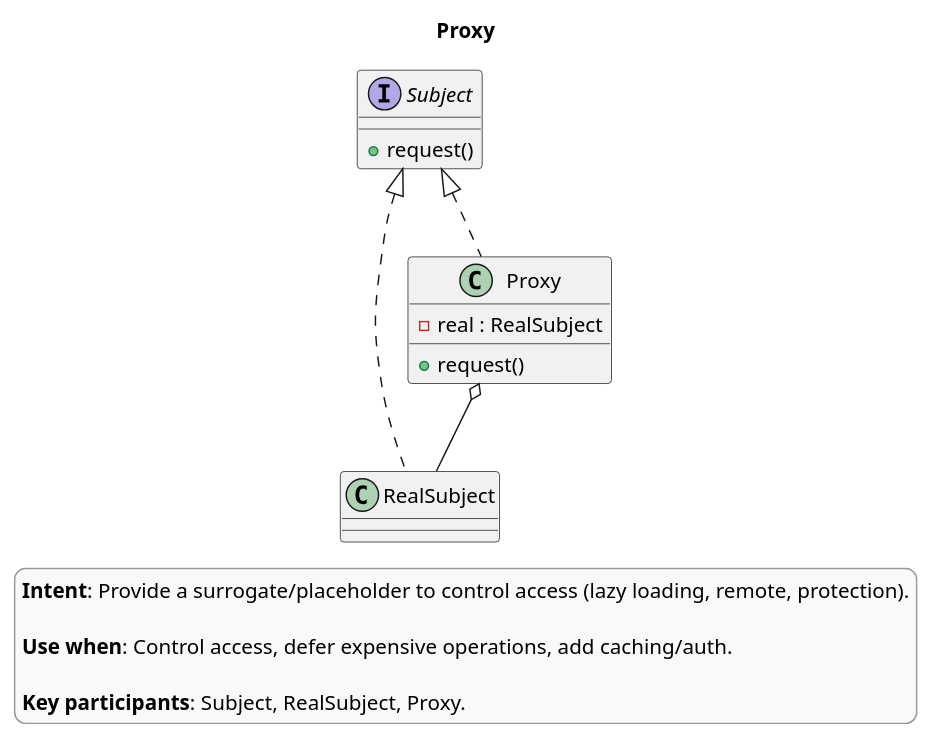
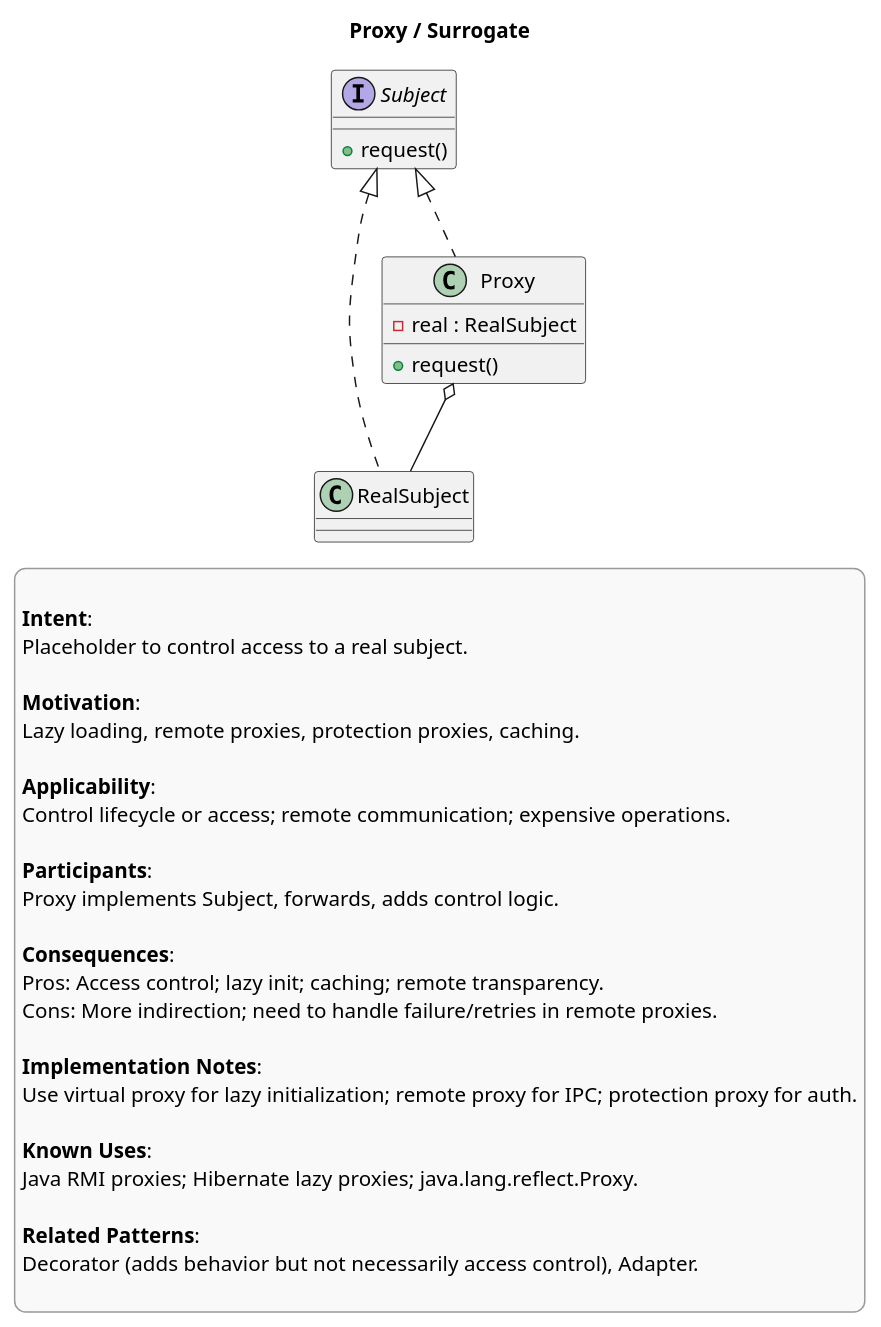
The diagram in theory/structural/proxy.puml (AkselErenberk/design-patterns), drawn with PlantUML before and after one commit. The commit also changed 26 other files, not shown here.

Commit message:
design pattern class diagrams

```diff
--- a/theory/structural/proxy.puml
+++ b/theory/structural/proxy.puml
@@ -1,28 +1,49 @@
 @startuml
-title Proxy
+title Proxy / Surrogate
 
 skinparam legendBackgroundColor #f9f9f9
 skinparam legendBorderColor #999999
 
 legend right
-**Intent**: Provide a surrogate/placeholder to control access (lazy loading, remote, protection).
 
-**Use when**: Control access, defer expensive operations, add caching/auth.
+**Intent**:
+Placeholder to control access to a real subject.
 
-**Key participants**: Subject, RealSubject, Proxy.
+**Motivation**:
+Lazy loading, remote proxies, protection proxies, caching.
+
+**Applicability**:
+Control lifecycle or access; remote communication; expensive operations.
+
+**Participants**:
+Proxy implements Subject, forwards, adds control logic.
+
+**Consequences**:
+Pros: Access control; lazy init; caching; remote transparency.
+Cons: More indirection; need to handle failure/retries in remote proxies.
+
+**Implementation Notes**:
+Use virtual proxy for lazy initialization; remote proxy for IPC; protection proxy for auth.
+
+**Known Uses**:
+Java RMI proxies; Hibernate lazy proxies; java.lang.reflect.Proxy.
+
+**Related Patterns**:
+Decorator (adds behavior but not necessarily access control), Adapter.
+
 endlegend
 
 interface Subject {
   +request()
 }
 
 class RealSubject
 class Proxy {
   -real : RealSubject
   +request()
 }
 
 Subject <|.. RealSubject
 Subject <|.. Proxy
 Proxy o-- RealSubject
 @enduml
```
